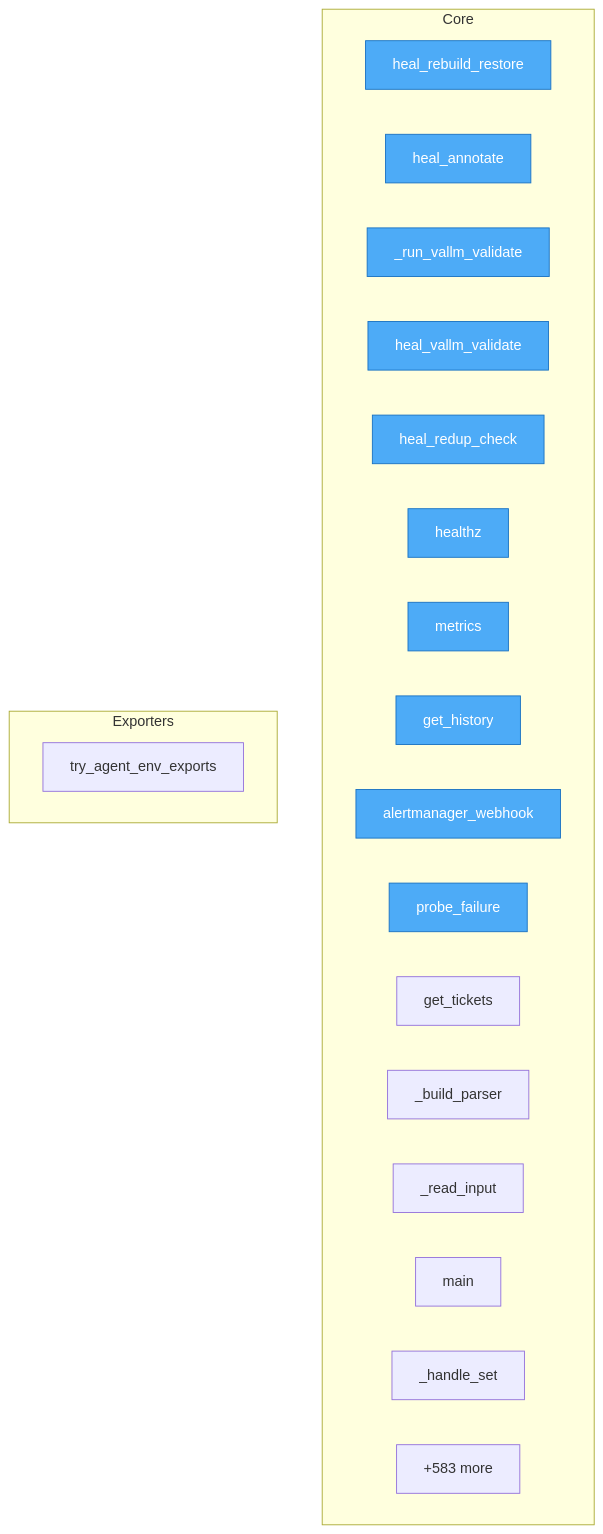
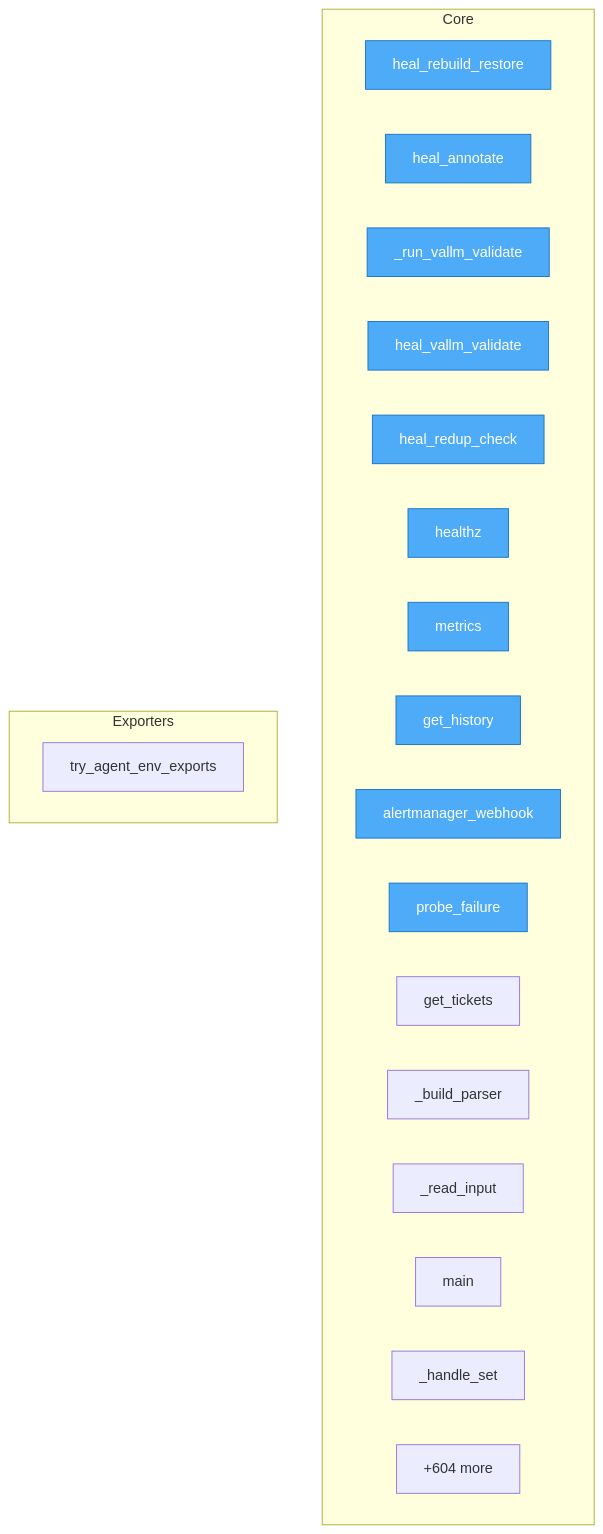
Before and after one commit to semcod/koru: the diagram in project/flow.mmd, drawn with Mermaid. The commit also changed 89 other files, not shown here.

```diff
--- a/project/flow.mmd
+++ b/project/flow.mmd
@@ -1,30 +1,30 @@
 flowchart TD
 %% generated in 0.05s
 
     %% Entry points (blue)
     classDef entry fill:#4dabf7,stroke:#1971c2,color:#fff
 
     subgraph Core
         services__healing_webhook__app__heal_rebuild_restore["heal_rebuild_restore"]
         services__healing_webhook__app__heal_annotate["heal_annotate"]
         services__healing_webhook__app___run_vallm_validate["_run_vallm_validate"]
         services__healing_webhook__app__heal_vallm_validate["heal_vallm_validate"]
         services__healing_webhook__app__heal_redup_check["heal_redup_check"]
         services__healing_webhook__app__healthz["healthz"]
         services__healing_webhook__app__metrics["metrics"]
         services__healing_webhook__app__get_history["get_history"]
         services__healing_webhook__app__alertmanager_webhook["alertmanager_webhook"]
         services__healing_webhook__app__probe_failure["probe_failure"]
         services__healing_webhook__app__get_tickets["get_tickets"]
         src__korudsl__cli___build_parser["_build_parser"]
         src__korudsl__cli___read_input["_read_input"]
         src__korudsl__cli__main["main"]
         src__korudsl__library___handle_set["_handle_set"]
-        ...["+583 more"]
+        ...["+604 more"]
     end
 
     subgraph Exporters
         src__koru__agent_cli_helpers__try_agent_env_exports["try_agent_env_exports"]
     end
 
     class services__healing_webhook__app__heal_rebuild_restore,services__healing_webhook__app__heal_annotate,services__healing_webhook__app___run_vallm_validate,services__healing_webhook__app__heal_vallm_validate,services__healing_webhook__app__heal_redup_check,services__healing_webhook__app__healthz,services__healing_webhook__app__metrics,services__healing_webhook__app__get_history,services__healing_webhook__app__alertmanager_webhook,services__healing_webhook__app__probe_failure entry
```
